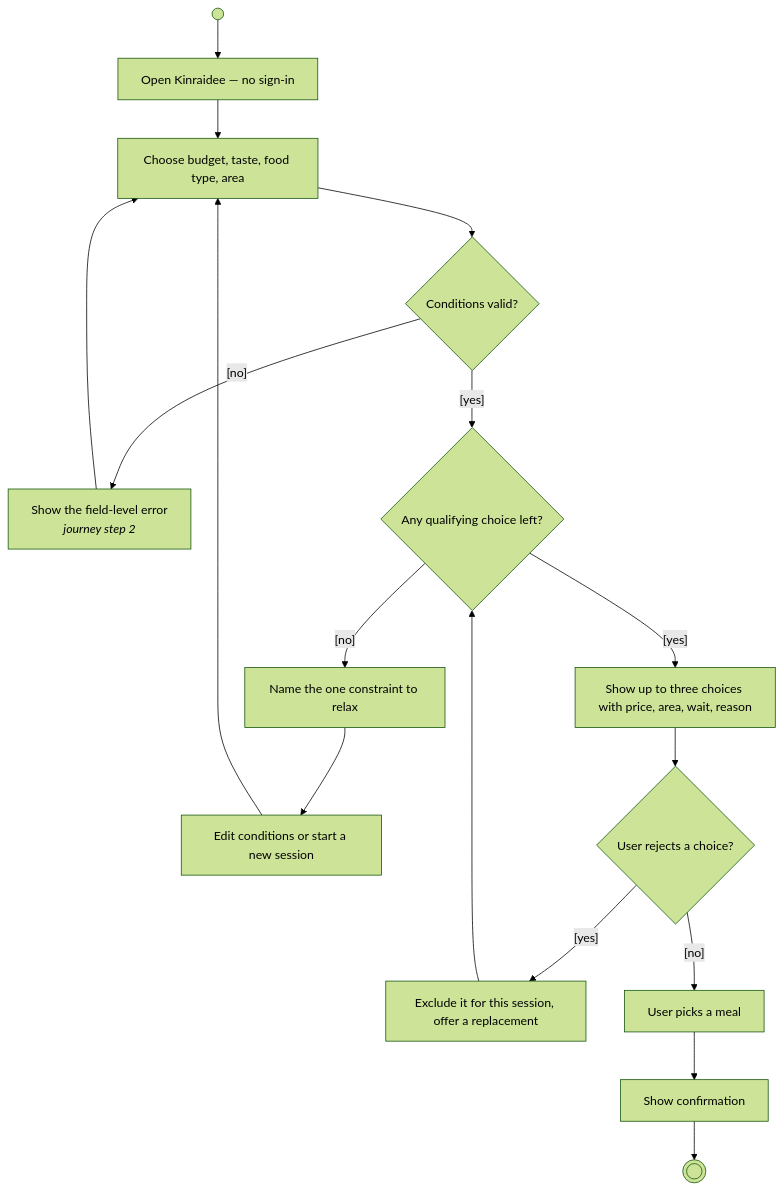
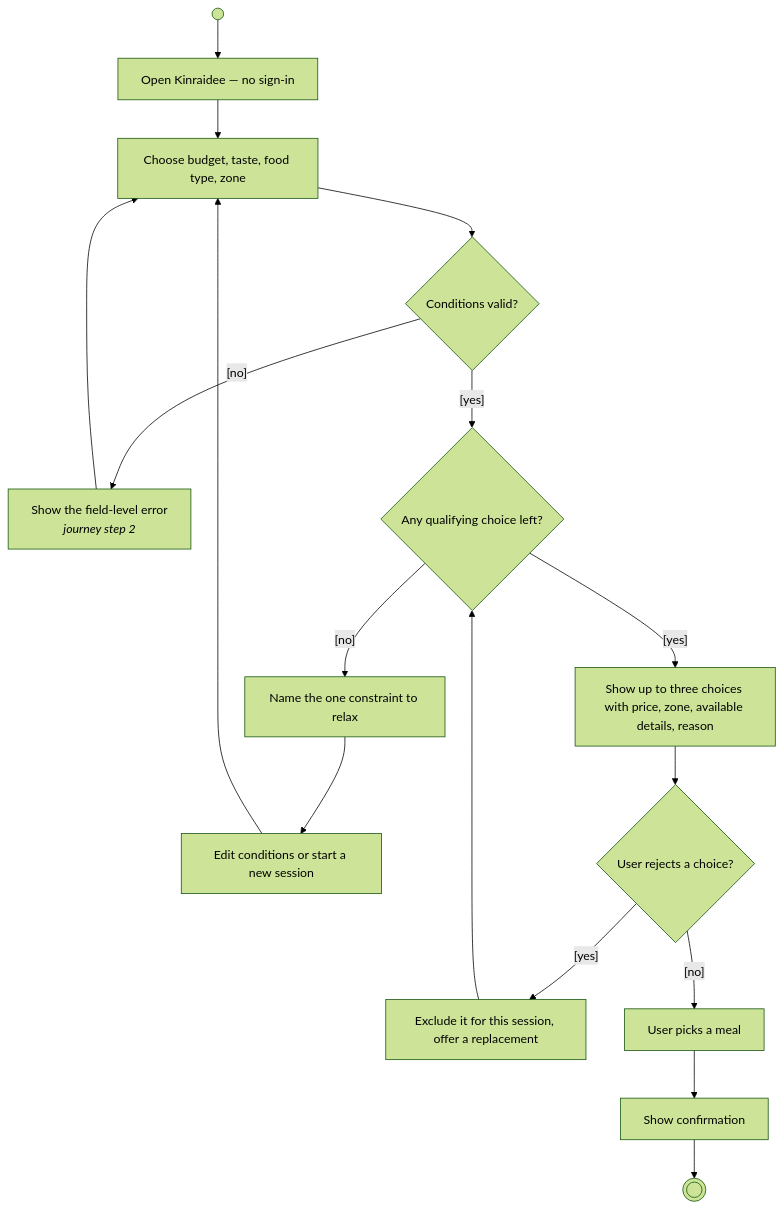
Before and after one commit to bear0420-47/Kinraidee: the third of 3 diagrams in docs/02-design/diagrams.md, drawn with Mermaid (forest theme). The commit also changed other lines of this file and 18 other files, not shown here.

````diff
--- a/docs/02-design/diagrams.md
+++ b/docs/02-design/diagrams.md
@@ -124,21 +124,21 @@
 ```mermaid
 flowchart TD
   start((" ")) --> s1["Open Kinraidee — no sign-in"]
-  s1 --> s2["Choose budget, taste, food type, area"]
+  s1 --> s2["Choose budget, taste, food type, zone"]
   s2 --> v{"Conditions valid?"}
   v -->|"[no]"| e1["Show the field-level error<br/><i>journey step 2</i>"]
   e1 --> s2
   v -->|"[yes]"| q{"Any qualifying choice left?"}
 
   q -->|"[no]"| none["Name the one constraint to relax"]
   none --> edit["Edit conditions or start a new session"]
   edit --> s2
 
-  q -->|"[yes]"| s3["Show up to three choices with price, area, wait, reason"]
+  q -->|"[yes]"| s3["Show up to three choices with price, zone, available details, reason"]
   s3 --> d{"User rejects a choice?"}
   d -->|"[yes]"| s4["Exclude it for this session, offer a replacement"]
   s4 --> q
   d -->|"[no]"| s5["User picks a meal"]
   s5 --> conf["Show confirmation"]
   conf --> done(((" ")))
 ```
````
